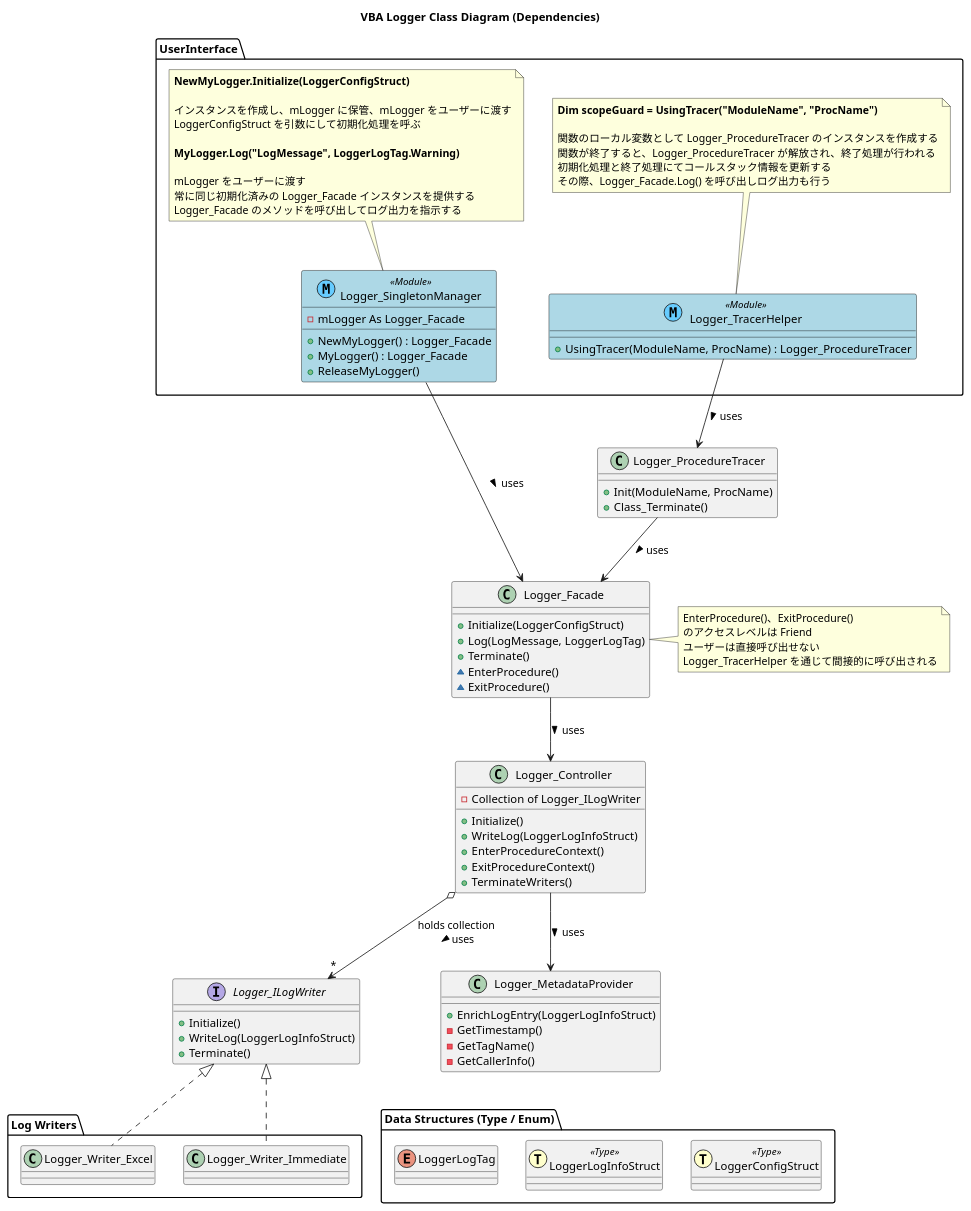
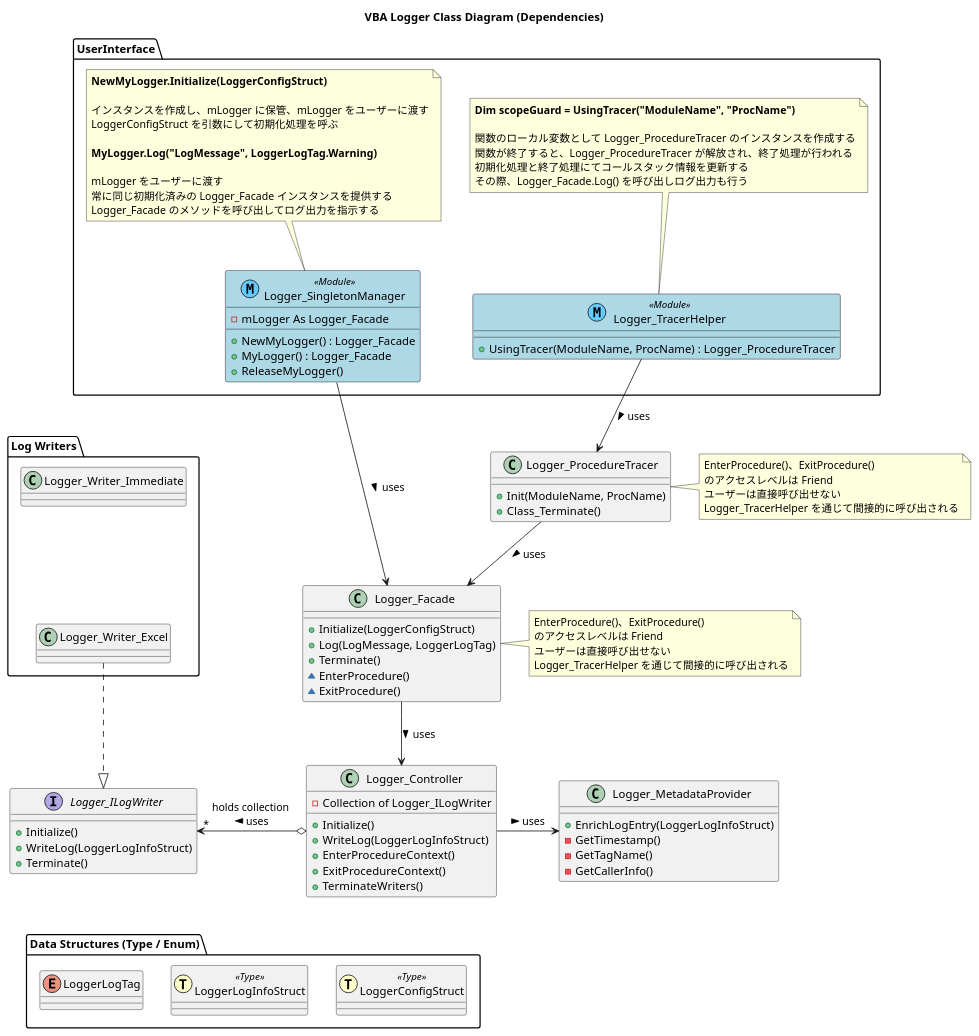
The diagram in docs/クラス図.puml (ryuryu333/vba_stack_trace_logger), drawn with PlantUML before and after one commit. The commit also changed 1 other file, not shown here.

Commit message:
クラス図更新、コメント追加、レイアウト調整

```diff
--- a/docs/クラス図.puml
+++ b/docs/クラス図.puml
@@ -1,110 +1,116 @@
 @startuml クラス図
 title VBA Logger Class Diagram (Dependencies)
 
 package UserInterface {
     class Logger_SingletonManager << (M,66CCFF) Module >> #LightBlue ##black {
         - mLogger As Logger_Facade
         + NewMyLogger() : Logger_Facade
         + MyLogger() : Logger_Facade
         + ReleaseMyLogger()
     }
     note top of Logger_SingletonManager
         **NewMyLogger.Initialize(LoggerConfigStruct)**
         
         インスタンスを作成し、mLogger に保管、mLogger をユーザーに渡す
         LoggerConfigStruct を引数にして初期化処理を呼ぶ
 
         **MyLogger.Log("LogMessage", LoggerLogTag.Warning)**
 
         mLogger をユーザーに渡す
         常に同じ初期化済みの Logger_Facade インスタンスを提供する
         Logger_Facade のメソッドを呼び出してログ出力を指示する
     end note
 
     class Logger_TracerHelper << (M,66CCFF) Module >> #LightBlue ##black {
         + UsingTracer(ModuleName, ProcName) : Logger_ProcedureTracer
     }
     note top of Logger_TracerHelper
         **Dim scopeGuard = UsingTracer("ModuleName", "ProcName")**
         
         関数のローカル変数として Logger_ProcedureTracer のインスタンスを作成する
         関数が終了すると、Logger_ProcedureTracer が解放され、終了処理が行われる
         初期化処理と終了処理にてコールスタック情報を更新する
         その際、Logger_Facade.Log() を呼び出しログ出力も行う
     end note
 
 }
 
 class Logger_Facade {
     + Initialize(LoggerConfigStruct)
     + Log(LogMessage, LoggerLogTag)
     + Terminate()
     ~ EnterProcedure()
     ~ ExitProcedure()
 }
 note right of Logger_Facade
     EnterProcedure()、ExitProcedure()
     のアクセスレベルは Friend
     ユーザーは直接呼び出せない
     Logger_TracerHelper を通じて間接的に呼び出される
 end note
 
 
 class Logger_Controller {
     - Collection of Logger_ILogWriter
     + Initialize()
     + WriteLog(LoggerLogInfoStruct)
     + EnterProcedureContext()
     + ExitProcedureContext()
     + TerminateWriters()
 }
 
 interface Logger_ILogWriter {
     + Initialize()
     + WriteLog(LoggerLogInfoStruct)
     + Terminate()
 }
 
 class Logger_MetadataProvider {
     + EnrichLogEntry(LoggerLogInfoStruct)
     - GetTimestamp()
     - GetTagName()
     - GetCallerInfo()
 }
 
 class Logger_ProcedureTracer {
     + Init(ModuleName, ProcName)
     + Class_Terminate()
 }
+note right of Logger_ProcedureTracer
+    EnterProcedure()、ExitProcedure()
+    のアクセスレベルは Friend
+    ユーザーは直接呼び出せない
+    Logger_TracerHelper を通じて間接的に呼び出される
+end note
 
 package "Log Writers" {
     class Logger_Writer_Excel {
     }
 
     class Logger_Writer_Immediate {
     }
 }
 
 package "Data Structures (Type / Enum)" {
     struct LoggerConfigStruct << (T,FFFFCC) Type >>
     struct LoggerLogInfoStruct << (T,FFFFCC) Type >>
     enum LoggerLogTag
 }
 
 ' --- Relationships ---
 ' Core Component Dependencies
 Logger_SingletonManager --> Logger_Facade : uses >
 Logger_Facade --> Logger_Controller : uses >
-Logger_Controller --> Logger_MetadataProvider : uses >
+Logger_Controller -right-> Logger_MetadataProvider : uses >
 
-Logger_Controller o--> "*" Logger_ILogWriter : holds collection \n uses >
-Logger_ILogWriter <|.. Logger_Writer_Excel
-Logger_ILogWriter <|.. Logger_Writer_Immediate
+Logger_Controller o-left-> "*" Logger_ILogWriter : holds collection \n uses <
+Logger_ILogWriter <|.up. Logger_Writer_Excel
 
 ' Call Stack Tracing Dependencies
 Logger_ProcedureTracer --> Logger_Facade : uses >
 Logger_TracerHelper --> Logger_ProcedureTracer : uses >
 
-Logger_Controller -[hidden]--> LoggerConfigStruct
+Logger_Controller -[hidden]-> LoggerConfigStruct
+Logger_Writer_Immediate -[hidden]-> Logger_Writer_Excel
 
 @enduml
```
